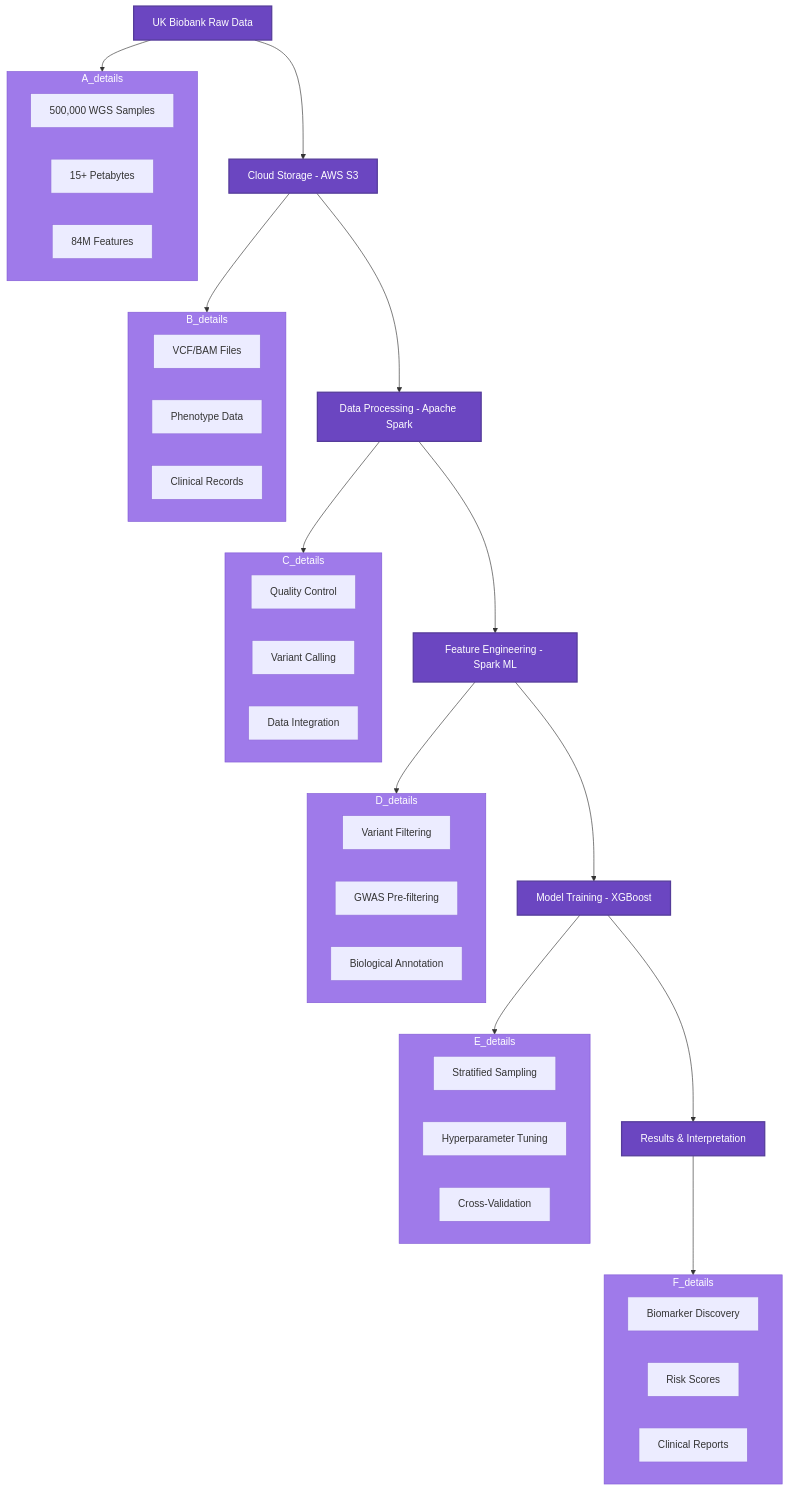
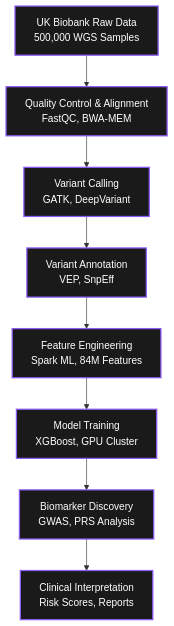
One commit to idrees118/idrees118.github.io changed the diagram in index.md. Above: the diagram before and after it, drawn with Mermaid. The commit also changed other lines of this file, not shown here.

```diff
--- a/index.md
+++ b/index.md
@@ -460,64 +573,19 @@
-            <div class="mermaid">
+                <div class="mermaid">
 graph TD
-    A[UK Biobank Raw Data] --> B[Cloud Storage - AWS S3]
-    B --> C[Data Processing - Apache Spark]
-    C --> D[Feature Engineering - Spark ML]
-    D --> E[Model Training - XGBoost]
-    E --> F[Results & Interpretation]
+    A[UK Biobank Raw Data<br/>500,000 WGS Samples] --> B[Quality Control & Alignment<br/>FastQC, BWA-MEM]
+    B --> C[Variant Calling<br/>GATK, DeepVariant]
+    C --> D[Variant Annotation<br/>VEP, SnpEff]
+    D --> E[Feature Engineering<br/>Spark ML, 84M Features]
+    E --> F[Model Training<br/>XGBoost, GPU Cluster]
+    F --> G[Biomarker Discovery<br/>GWAS, PRS Analysis]
+    G --> H[Clinical Interpretation<br/>Risk Scores, Reports]
     
-    subgraph A_details
-        A1[500,000 WGS Samples]
-        A2[15+ Petabytes]
-        A3[84M Features]
-    end
-    
-    subgraph B_details
-        B1[VCF/BAM Files]
-        B2[Phenotype Data]
-        B3[Clinical Records]
-    end
-    
-    subgraph C_details
-        C1[Quality Control]
-        C2[Variant Calling]
-        C3[Data Integration]
-    end
-    
-    subgraph D_details
-        D1[Variant Filtering]
-        D2[GWAS Pre-filtering]
-        D3[Biological Annotation]
-    end
-    
-    subgraph E_details
-        E1[Stratified Sampling]
-        E2[Hyperparameter Tuning]
-        E3[Cross-Validation]
-    end
-    
-    subgraph F_details
-        F1[Biomarker Discovery]
-        F2[Risk Scores]
-        F3[Clinical Reports]
-    end
-    
-    A --> A_details
-    B --> B_details
-    C --> C_details
-    D --> D_details
-    E --> E_details
-    F --> F_details
-
-    style A fill:#6B46C1,stroke:#553C9A,stroke-width:2px,color:#ffffff
-    style B fill:#6B46C1,stroke:#553C9A,stroke-width:2px,color:#ffffff
-    style C fill:#6B46C1,stroke:#553C9A,stroke-width:2px,color:#ffffff
-    style D fill:#6B46C1,stroke:#553C9A,stroke-width:2px,color:#ffffff
-    style E fill:#6B46C1,stroke:#553C9A,stroke-width:2px,color:#ffffff
-    style F fill:#6B46C1,stroke:#553C9A,stroke-width:2px,color:#ffffff
-    style A_details fill:#9F7AEA,stroke:#805AD5,stroke-width:1px,color:#ffffff
-    style B_details fill:#9F7AEA,stroke:#805AD5,stroke-width:1px,color:#ffffff
-    style C_details fill:#9F7AEA,stroke:#805AD5,stroke-width:1px,color:#ffffff
-    style D_details fill:#9F7AEA,stroke:#805AD5,stroke-width:1px,color:#ffffff
-    style E_details fill:#9F7AEA,stroke:#805AD5,stroke-width:1px,color:#ffffff
-    style F_details fill:#9F7AEA,stroke:#805AD5,stroke-width:1px,color:#ffffff
-            </div>
+    style A fill:#1a1a1a,stroke:#8b5cf6,stroke-width:2px,color:#ffffff
+    style B fill:#1a1a1a,stroke:#8b5cf6,stroke-width:2px,color:#ffffff
+    style C fill:#1a1a1a,stroke:#8b5cf6,stroke-width:2px,color:#ffffff
+    style D fill:#1a1a1a,stroke:#8b5cf6,stroke-width:2px,color:#ffffff
+    style E fill:#1a1a1a,stroke:#8b5cf6,stroke-width:2px,color:#ffffff
+    style F fill:#1a1a1a,stroke:#8b5cf6,stroke-width:2px,color:#ffffff
+    style G fill:#1a1a1a,stroke:#8b5cf6,stroke-width:2px,color:#ffffff
+    style H fill:#1a1a1a,stroke:#8b5cf6,stroke-width:2px,color:#ffffff
+                </div>
```
